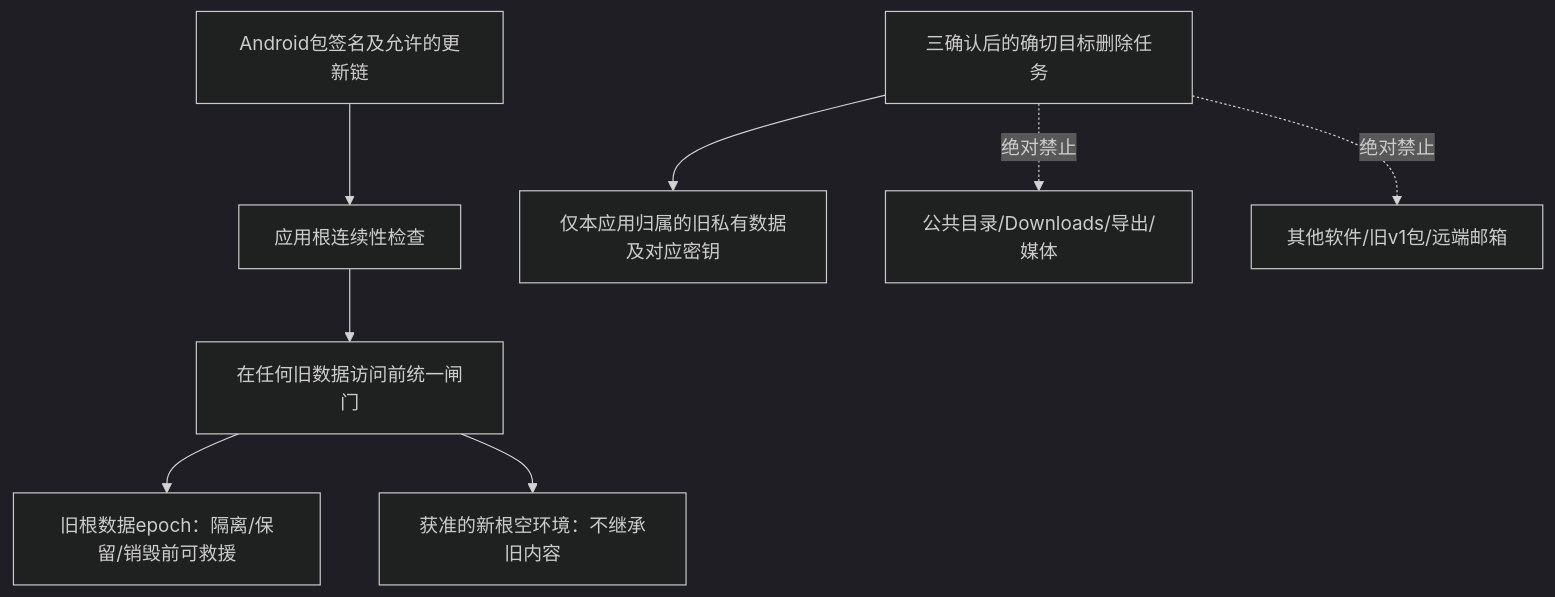
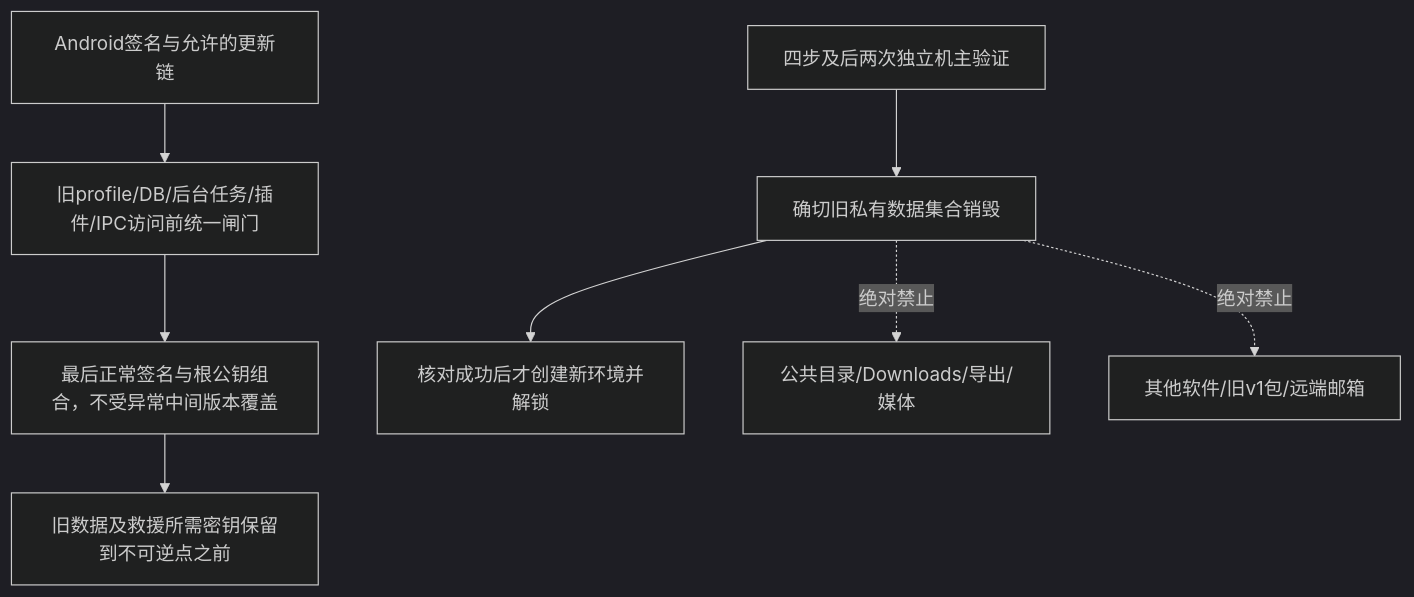
One commit to 13513208952/ReBrowser changed the third of 3 diagrams in planning/geckoview-v2/views/09-root-continuity-and-data.md. Above: the diagram before and after it, drawn with Mermaid (dark theme). The commit also changed other lines of this file and 23 other files, not shown here.

````diff
--- a/planning/geckoview-v2/views/09-root-continuity-and-data.md
+++ b/planning/geckoview-v2/views/09-root-continuity-and-data.md
@@ -28,10 +69,10 @@
 ```mermaid
 flowchart TD
-  PACKAGE[Android包签名及允许的更新链] --> CHECK[应用根连续性检查]
-  CHECK --> GUARD[在任何旧数据访问前统一闸门]
-  GUARD --> OLD[旧根数据epoch：隔离/保留/销毁前可救援]
-  GUARD --> NEW[获准的新根空环境：不继承旧内容]
-  ERASE[三确认后的确切目标删除任务] --> PRIVATE[仅本应用归属的旧私有数据及对应密钥]
+  PKG[Android签名与允许的更新链] --> GATE[旧profile/DB/后台任务/插件/IPC访问前统一闸门]
+  GATE --> SOURCE[最后正常签名与根公钥组合，不受异常中间版本覆盖]
+  SOURCE --> OLD[旧数据及救援所需密钥保留到不可逆点之前]
+  CONFIRM[四步及后两次独立机主验证] --> ERASE[确切旧私有数据集合销毁]
+  ERASE --> CHECK[核对成功后才创建新环境并解锁]
   ERASE -. 绝对禁止 .-> PUBLIC[公共目录/Downloads/导出/媒体]
   ERASE -. 绝对禁止 .-> OTHER[其他软件/旧v1包/远端邮箱]
 ```
````
